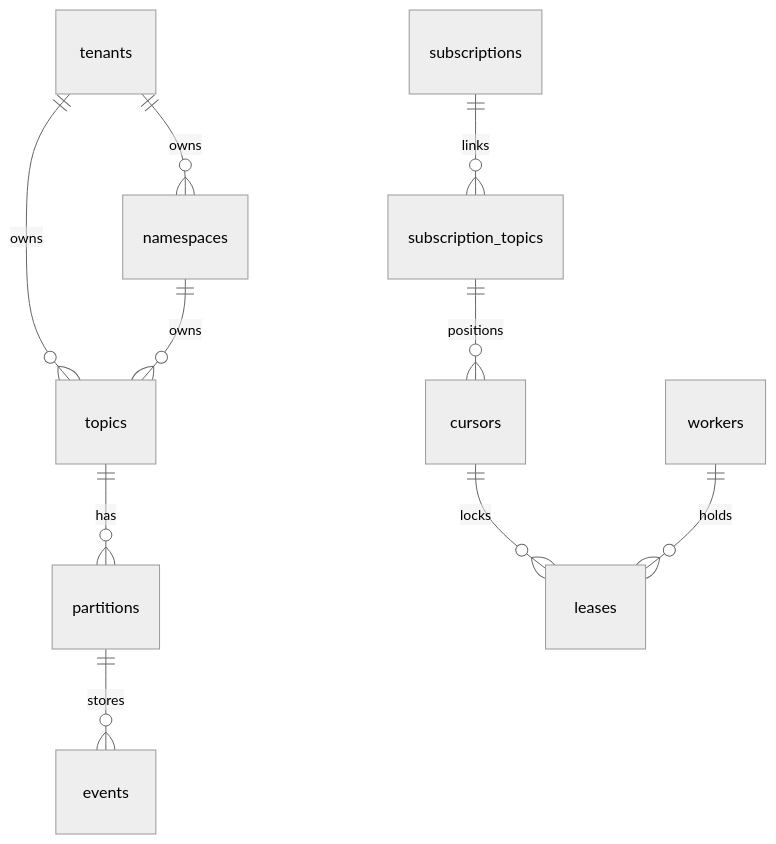
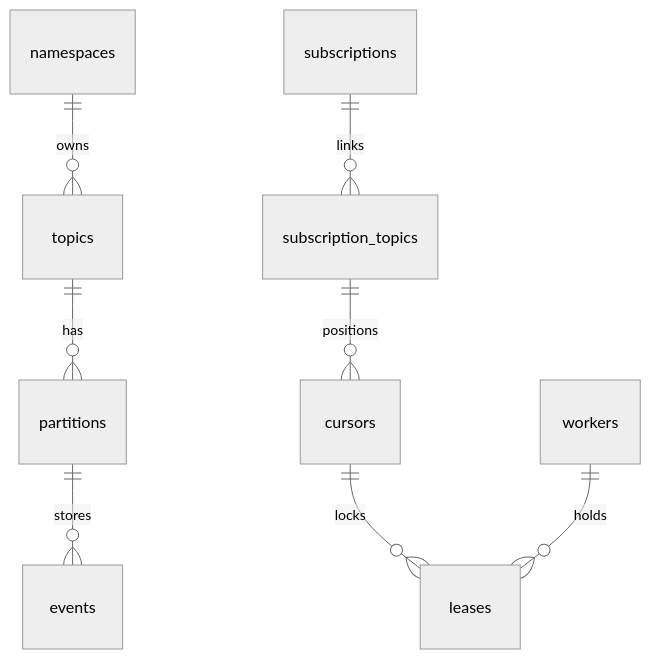
One commit to rbilleci/boxy changed the first of 3 diagrams in README.md. Above: the diagram before and after it, drawn with Mermaid (neutral theme). The commit also changed other lines of this file, not shown here.

Commit message:
docs: align readme with schema

````diff
--- a/README.md
+++ b/README.md
@@ -68,12 +68,10 @@
 ```mermaid
 erDiagram
-    tenants ||--o{ topics : owns
+    namespaces ||--o{ topics : owns
     topics ||--o{ partitions : has
     partitions ||--o{ events : stores
-    tenants ||--o{ namespaces : owns
-    namespaces ||--o{ topics : owns
     subscriptions ||--o{ subscription_topics : links
     subscription_topics ||--o{ cursors : positions
     cursors ||--o{ leases : locks
     workers ||--o{ leases : holds
 ```
````
